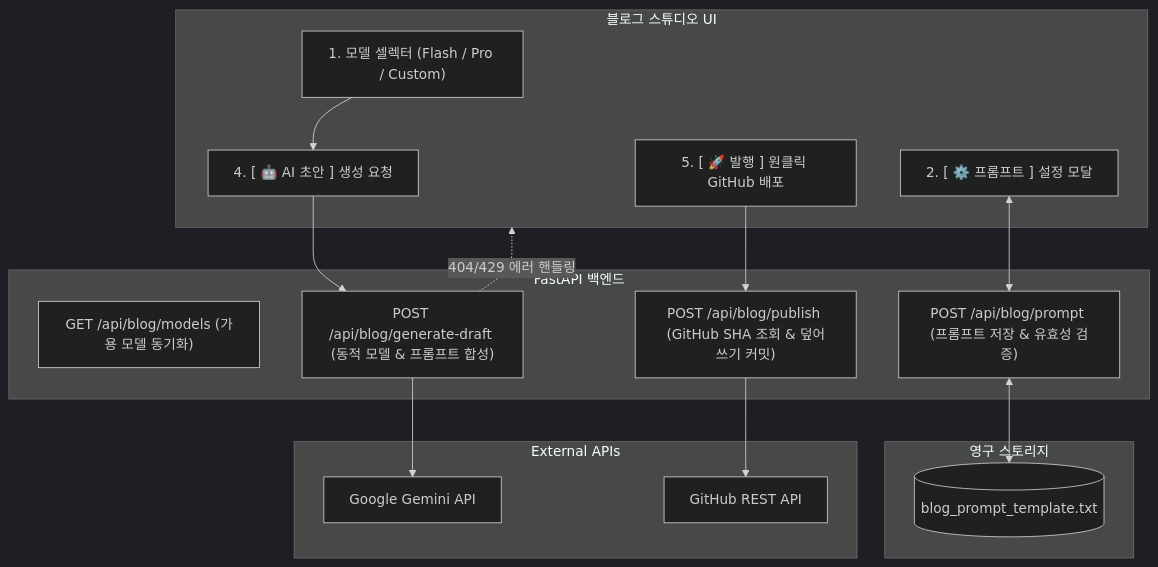
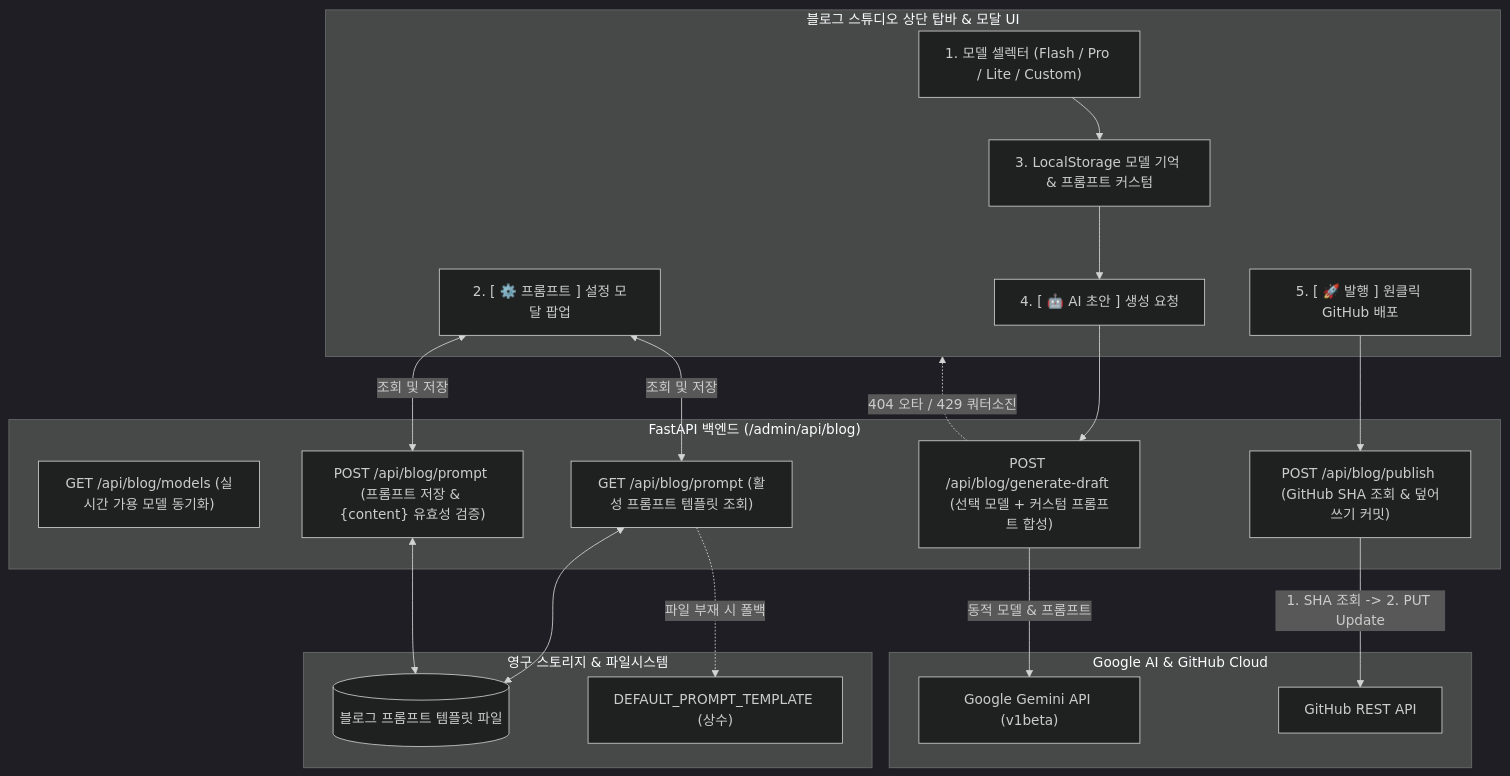
One commit to daniel-dataflow/daniel-dataflow.github.io changed the diagram in content/posts/picksafe/2026-08-30-블로그-스튜디오-AI-모델-동적-선택기-및-쿼터-안전망-구축.md. Above: the diagram before and after it, drawn with Mermaid (dark theme). The commit also changed other lines of this file and 61 other files, not shown here.

````diff
--- a/content/posts/picksafe/2026-08-30-블로그-스튜디오-AI-모델-동적-선택기-및-쿼터-안전망-구축.md
+++ b/content/posts/picksafe/2026-08-30-블로그-스튜디오-AI-모델-동적-선택기-및-쿼터-안전망-구축.md
@@ -37,30 +35,40 @@
 ```mermaid
 flowchart TD
-    subgraph Frontend_UI ["블로그 스튜디오 UI"]
-        M1["1. 모델 셀렉터 (Flash / Pro / Custom)"]
-        M2["2. [ ⚙️ 프롬프트 ] 설정 모달"]
+    subgraph Frontend_UI ["블로그 스튜디오 상단 탑바 & 모달 UI"]
+        M1["1. 모델 셀렉터 (Flash / Pro / Lite / Custom)"]
+        M2["2. [ ⚙️ 프롬프트 ] 설정 모달 팝업"]
+        M3["3. LocalStorage 모델 기억 & 프롬프트 커스텀"]
         M4["4. [ 🤖 AI 초안 ] 생성 요청"]
         M5["5. [ 🚀 발행 ] 원클릭 GitHub 배포"]
     end
 
-    subgraph Backend_Router ["FastAPI 백엔드"]
-        B1["GET /api/blog/models (가용 모델 동기화)"]
-        B3["POST /api/blog/prompt (프롬프트 저장 & 유효성 검증)"]
-        B4["POST /api/blog/generate-draft (동적 모델 & 프롬프트 합성)"]
+    subgraph Backend_Router ["FastAPI 백엔드 (/admin/api/blog)"]
+        B1["GET /api/blog/models (실시간 가용 모델 동기화)"]
+        B2["GET /api/blog/prompt (활성 프롬프트 템플릿 조회)"]
+        B3["POST /api/blog/prompt (프롬프트 저장 & {content} 유효성 검증)"]
+        B4["POST /api/blog/generate-draft (선택 모델 + 커스텀 프롬프트 합성)"]
         B5["POST /api/blog/publish (GitHub SHA 조회 & 덮어쓰기 커밋)"]
     end
 
-    subgraph Storage_Layer ["영구 스토리지"]
-        P_FILE[("blog_prompt_template.txt")]
+    subgraph Storage_Layer ["영구 스토리지 & 파일시스템"]
+        P_FILE[("블로그 프롬프트 템플릿 파일")]
+        DEF_P["DEFAULT_PROMPT_TEMPLATE (상수)"]
     end
 
-    subgraph External_Cloud ["External APIs"]
-        G_AI["Google Gemini API"]
+    subgraph External_Cloud ["Google AI & GitHub Cloud"]
+        G_AI["Google Gemini API (v1beta)"]
         GH_API["GitHub REST API"]
     end
 
-    M2 <--> B3 <--> P_FILE
-    M1 --> M4 --> B4 --> G_AI
-    B4 -.->|404/429 에러 핸들링| Frontend_UI
-    M5 --> B5 --> GH_API
+    M2 <-->|조회 및 저장| B2 & B3
+    B2 & B3 <--> P_FILE
+    B2 -.->|파일 부재 시 폴백| DEF_P
+
+    M1 --> M3 --> M4
+    M4 --> B4
+    B4 -->|동적 모델 & 프롬프트| G_AI
+    B4 -.->|404 오타 / 429 쿼터소진| Frontend_UI
+
+    M5 --> B5
+    B5 -->|1. SHA 조회 -> 2. PUT Update| GH_API
 ```
````
